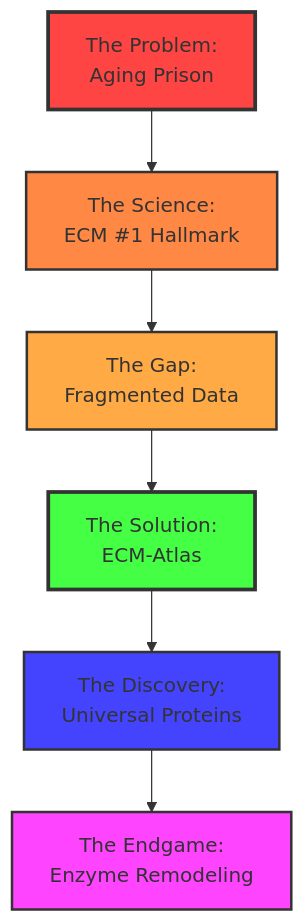
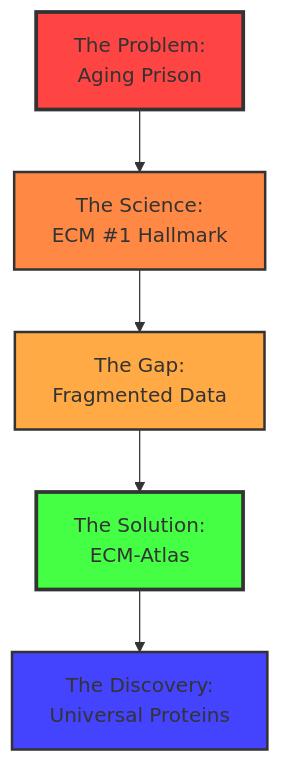
Before and after one commit to raimbetov/ecm-atlas: the diagram in documentation/ECM_ATLAS_LONGEVITY_PITCH.md, drawn with Mermaid. The commit also changed other lines of this file and 1 other file, not shown here.

````diff
--- a/documentation/ECM_ATLAS_LONGEVITY_PITCH.md
+++ b/documentation/ECM_ATLAS_LONGEVITY_PITCH.md
@@ -7,15 +7,13 @@
 ```mermaid
 graph TD
     A[The Problem:<br/>Aging Prison] --> B[The Science:<br/>ECM #1 Hallmark]
     B --> C[The Gap:<br/>Fragmented Data]
     C --> D[The Solution:<br/>ECM-Atlas]
     D --> E[The Discovery:<br/>Universal Proteins]
-    E --> F[The Endgame:<br/>Enzyme Remodeling]
 
     style A fill:#ff4444,stroke:#333,stroke-width:3px
     style B fill:#ff8844,stroke:#333,stroke-width:2px
     style C fill:#ffaa44,stroke:#333,stroke-width:2px
     style D fill:#44ff44,stroke:#333,stroke-width:3px
     style E fill:#4444ff,stroke:#333,stroke-width:2px
-    style F fill:#ff44ff,stroke:#333,stroke-width:2px
 ```
````
